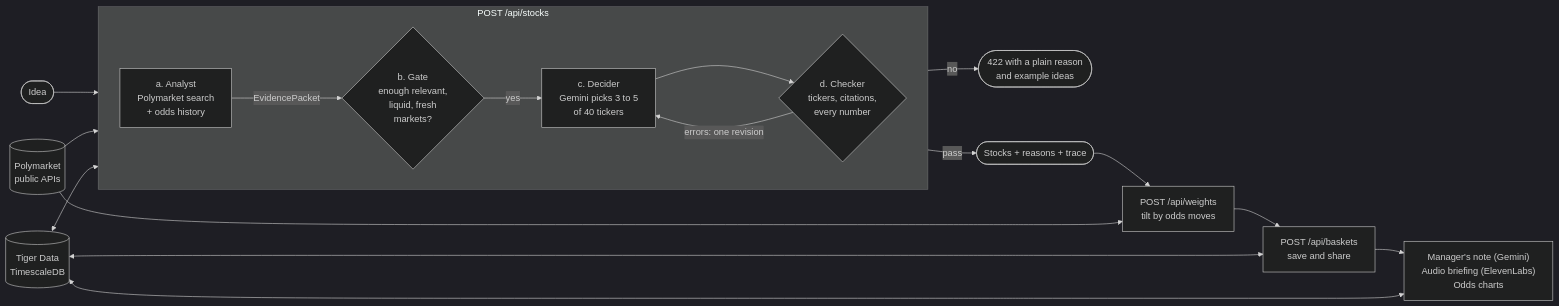
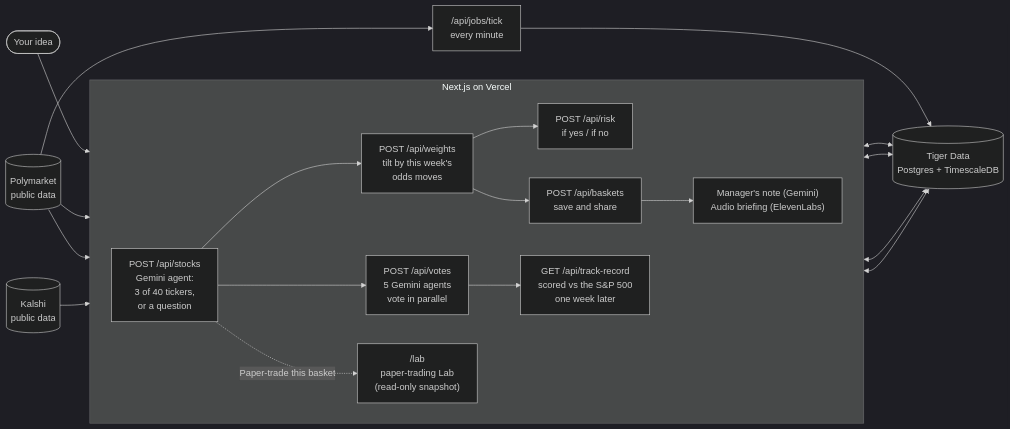
Before and after one commit to becomingWise/HackKnight-personal-etf: the diagram in web/README.md, drawn with Mermaid (dark theme). The commit also changed other lines of this file and 4 other files, not shown here.

Commit message:
Submission write-ups: README, Devpost draft, 2-minute demo script; demo:warm warms the product flow

````diff
--- a/web/README.md
+++ b/web/README.md
@@ -27,24 +19,28 @@
 ```mermaid
 flowchart LR
-  U([Idea]) --> A
+  U([Your idea]) --> S
 
-  subgraph S[POST /api/stocks]
+  subgraph APP[Next.js on Vercel]
     direction LR
-    A["a. Analyst<br/>Polymarket search<br/>+ odds history"] -->|EvidencePacket| G{"b. Gate<br/>enough relevant,<br/>liquid, fresh<br/>markets?"}
-    G -->|yes| D["c. Decider<br/>Gemini picks 3 to 5<br/>of 40 tickers"]
-    D --> C{"d. Checker<br/>tickers, citations,<br/>every number"}
-    C -->|errors: one revision| D
+    S["POST /api/stocks<br/>Gemini agent:<br/>3 of 40 tickers,<br/>or a question"]
+    S --> W["POST /api/weights<br/>tilt by this week's<br/>odds moves"]
+    S --> V["POST /api/votes<br/>5 Gemini agents<br/>vote in parallel"]
+    W --> R["POST /api/risk<br/>if yes / if no"]
+    W --> B["POST /api/baskets<br/>save and share"]
+    B --> N["Manager's note (Gemini)<br/>Audio briefing (ElevenLabs)"]
+    V --> T["GET /api/track-record<br/>scored vs the S&P 500<br/>one week later"]
+    L["/lab<br/>paper-trading Lab<br/>(read-only snapshot)"]
   end
 
-  G -->|no| X([422 with a plain reason<br/>and example ideas])
-  C -->|pass| R([Stocks + reasons + trace])
-  R --> W["POST /api/weights<br/>tilt by odds moves"]
-  W --> B["POST /api/baskets<br/>save and share"]
-  B --> N["Manager's note (Gemini)<br/>Audio briefing (ElevenLabs)<br/>Odds charts"]
-
-  PM[(Polymarket<br/>public APIs)] --> A
+  S -. "Paper-trade this basket" .-> L
+  PM[(Polymarket<br/>public data)] --> S
   PM --> W
-  T[(Tiger Data<br/>TimescaleDB)] <--> A
-  T <--> B
-  T <--> N
+  PM --> J["/api/jobs/tick<br/>every minute"]
+  K[(Kalshi<br/>public data)] --> L
+  DB[(Tiger Data<br/>Postgres + TimescaleDB)]
+  J --> DB
+  S <--> DB
+  V <--> DB
+  B <--> DB
+  T <--> DB
 ```
````
